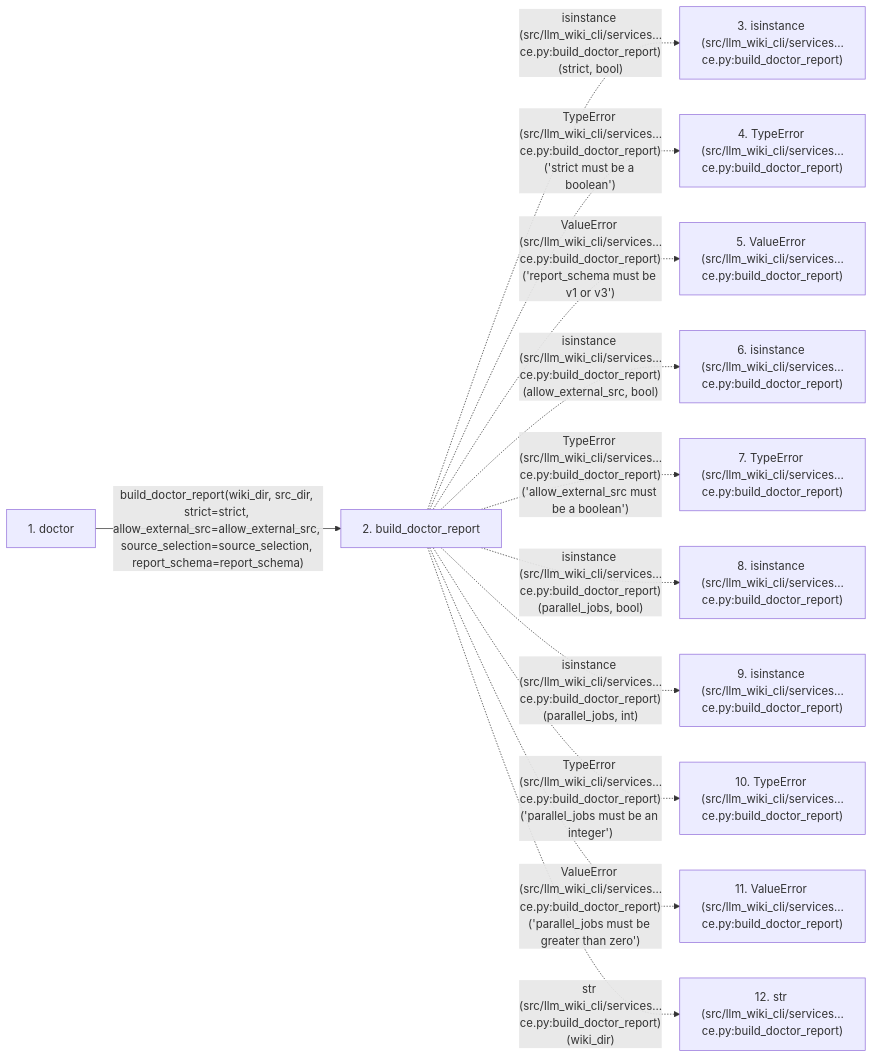
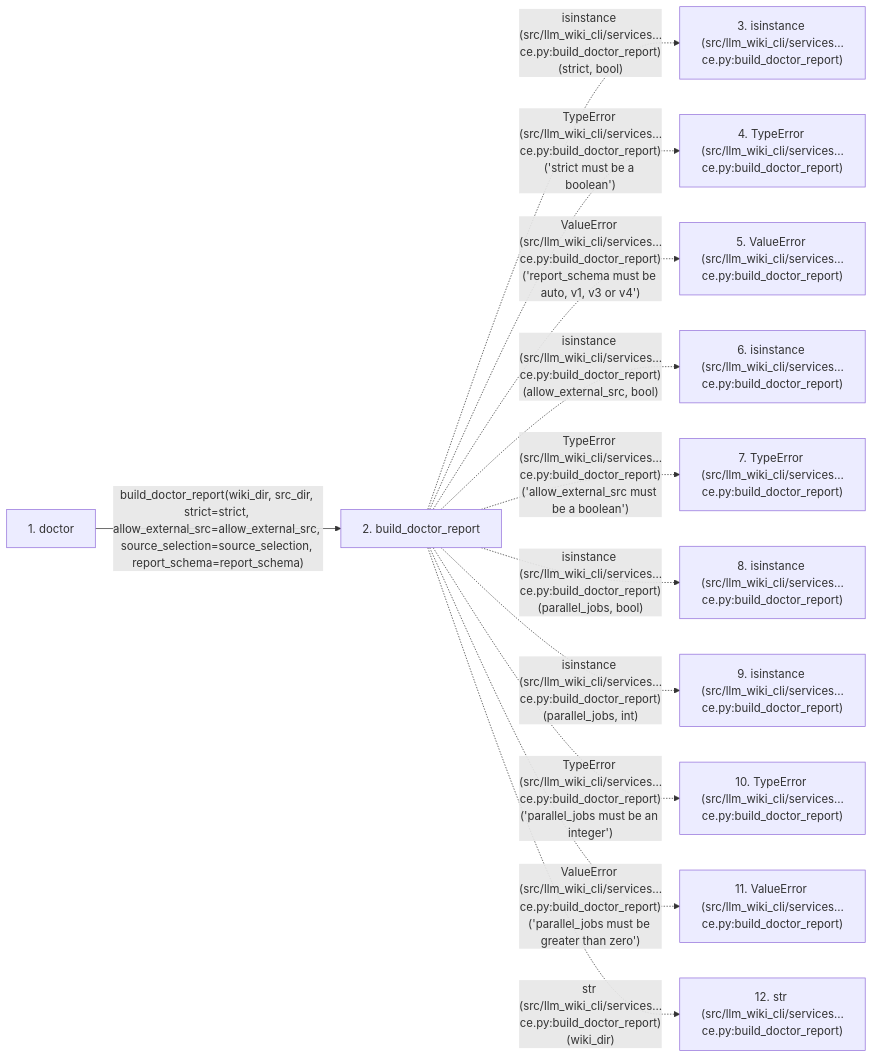
One commit to Denissvgn/python-wiki-llm changed the second of 2 diagrams in docs/llm_wiki/flows/api-doctor.md. Above: the diagram before and after it, drawn with Mermaid. The commit also changed other lines of this file and 391 other files, not shown here.

````diff
--- a/docs/llm_wiki/flows/api-doctor.md
+++ b/docs/llm_wiki/flows/api-doctor.md
@@ -118,28 +119,28 @@
 ```mermaid
 flowchart LR
     s1["1. doctor"]
     s2["2. build_doctor_report"]
     s3["3. isinstance (src/llm_wiki_cli/services…ce.py:build_doctor_report)"]
     s4["4. TypeError (src/llm_wiki_cli/services…ce.py:build_doctor_report)"]
     s5["5. ValueError (src/llm_wiki_cli/services…ce.py:build_doctor_report)"]
     s6["6. isinstance (src/llm_wiki_cli/services…ce.py:build_doctor_report)"]
     s7["7. TypeError (src/llm_wiki_cli/services…ce.py:build_doctor_report)"]
     s8["8. isinstance (src/llm_wiki_cli/services…ce.py:build_doctor_report)"]
     s9["9. isinstance (src/llm_wiki_cli/services…ce.py:build_doctor_report)"]
     s10["10. TypeError (src/llm_wiki_cli/services…ce.py:build_doctor_report)"]
     s11["11. ValueError (src/llm_wiki_cli/services…ce.py:build_doctor_report)"]
     s12["12. str (src/llm_wiki_cli/services…ce.py:build_doctor_report)"]
     s1 -->|"build_doctor_report(wiki_dir, src_dir, strict=strict, allow_external_src=allow_external_src, source_selection=source_selection, report_schema=report_schema)"| s2
     s2 -. "isinstance (src/llm_wiki_cli/services…ce.py:build_doctor_report)(strict, bool)" .-> s3
     s2 -. "TypeError (src/llm_wiki_cli/services…ce.py:build_doctor_report)('strict must be a boolean')" .-> s4
-    s2 -. "ValueError (src/llm_wiki_cli/services…ce.py:build_doctor_report)('report_schema must be v1 or v3')" .-> s5
+    s2 -. "ValueError (src/llm_wiki_cli/services…ce.py:build_doctor_report)('report_schema must be auto, v1, v3 or v4')" .-> s5
     s2 -. "isinstance (src/llm_wiki_cli/services…ce.py:build_doctor_report)(allow_external_src, bool)" .-> s6
     s2 -. "TypeError (src/llm_wiki_cli/services…ce.py:build_doctor_report)('allow_external_src must be a boolean')" .-> s7
     s2 -. "isinstance (src/llm_wiki_cli/services…ce.py:build_doctor_report)(parallel_jobs, bool)" .-> s8
     s2 -. "isinstance (src/llm_wiki_cli/services…ce.py:build_doctor_report)(parallel_jobs, int)" .-> s9
     s2 -. "TypeError (src/llm_wiki_cli/services…ce.py:build_doctor_report)('parallel_jobs must be an integer')" .-> s10
     s2 -. "ValueError (src/llm_wiki_cli/services…ce.py:build_doctor_report)('parallel_jobs must be greater than zero')" .-> s11
     s2 -. "str (src/llm_wiki_cli/services…ce.py:build_doctor_report)(wiki_dir)" .-> s12
     click s1 "../modules/api.md"
     click s2 "../modules/doctor_service.md"
 ```
````
